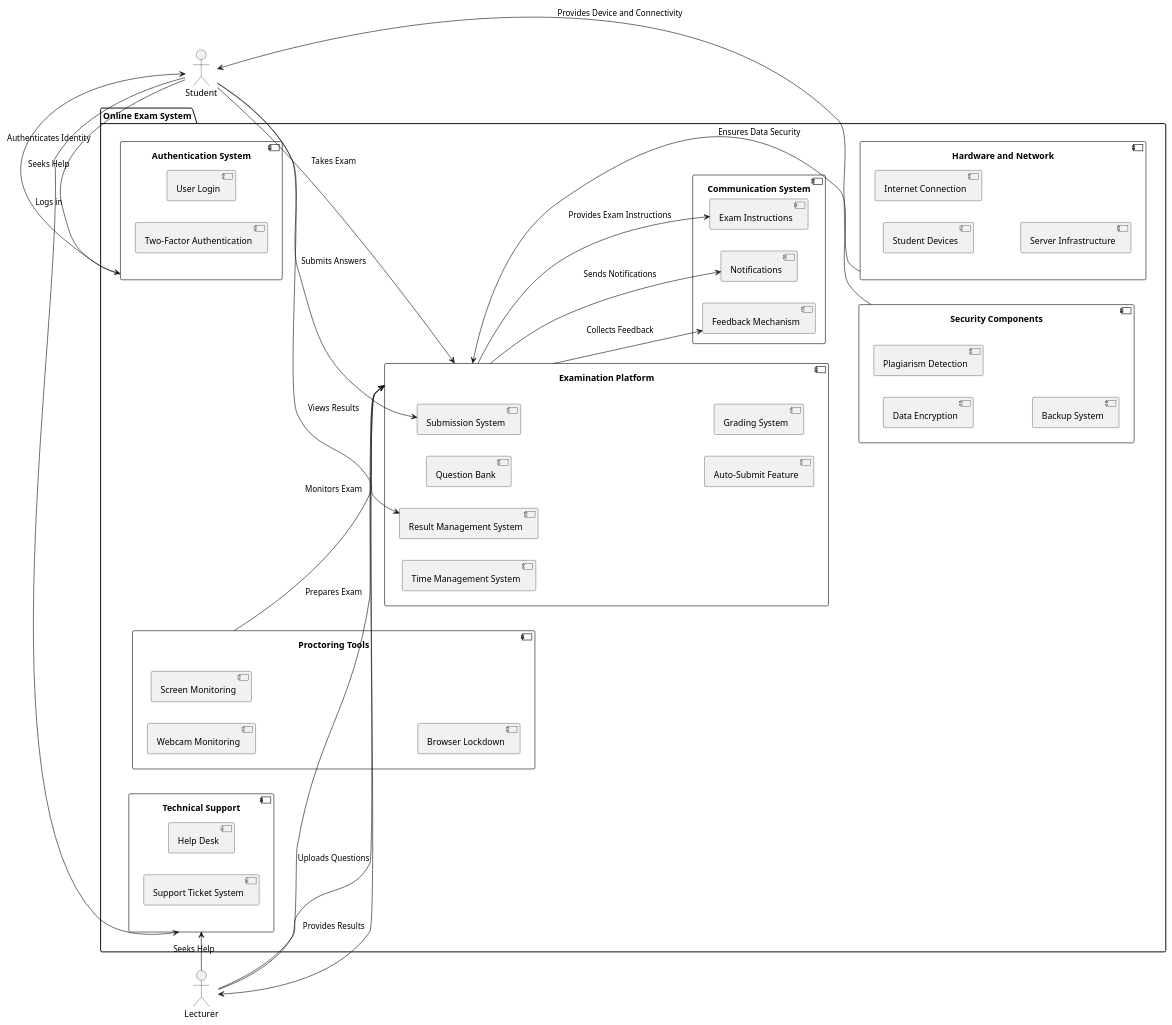
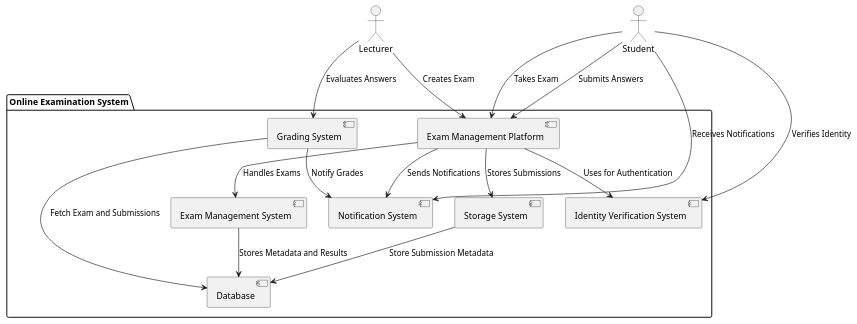
One commit to alfa-yohannis/enterprise-architecture changed the diagram in chapter_06_phase_b_business_architecture/plantuml/component_online_exam.puml. Above: the diagram before and after it, drawn with PlantUML. The commit also changed 7 other files, not shown here.

Commit message:
Update Diagram

```diff
--- a/chapter_06_phase_b_business_architecture/plantuml/component_online_exam.puml
+++ b/chapter_06_phase_b_business_architecture/plantuml/component_online_exam.puml
@@ -1,74 +1,32 @@
 @startuml
-left to right direction
+package "Online Examination System" {
 
-package "Online Exam System" {
+  component "Exam Management Platform" as examPlatform
+  component "Identity Verification System" as identitySystem
+  component "Exam Management System" as examSystem
+  component "Grading System" as gradingSystem
+  component "Notification System" as notificationSystem
+  component "Storage System" as submissionStorage
+  component "Database" as examDatabase
 
-  component "Examination Platform" as Examination_Platform {
-    component "Question Bank" as Question_Bank
-    component "Time Management System" as Time_Management_System
-    component "Submission System" as Submission_System
-    component "Auto-Submit Feature" as Auto_Submit_Feature
-    component "Grading System" as Grading_System
-    component "Result Management System" as Result_Management_System
-  }
+  examPlatform --> examSystem : "Handles Exams"
+  examPlatform --> identitySystem : "Uses for Authentication"
+  examPlatform --> notificationSystem : "Sends Notifications"
+  examPlatform --> submissionStorage : "Stores Submissions"
+  examSystem --> examDatabase : "Stores Metadata and Results"
+  gradingSystem --> examDatabase : "Fetch Exam and Submissions"
+  gradingSystem --> notificationSystem : "Notify Grades"
+  submissionStorage --> examDatabase : "Store Submission Metadata"
+}
 
-  component "Authentication System" as Authentication_System {
-    component "User Login" as User_Login
-    component "Two-Factor Authentication" as Two_Factor_Authentication
-  }
+actor "Lecturer" as lecturer
+actor "Student" as student
 
-  component "Proctoring Tools" as Proctoring_Tools {
-    component "Webcam Monitoring" as Webcam_Monitoring
-    component "Screen Monitoring" as Screen_Monitoring
-    component "Browser Lockdown" as Browser_Lockdown
-  }
-
-  component "Security Components" as Security_Components {
-    component "Data Encryption" as Data_Encryption
-    component "Plagiarism Detection" as Plagiarism_Detection
-    component "Backup System" as Backup_System
-  }
-
-  component "Communication System" as Communication_System {
-    component "Notifications" as Notifications
-    component "Exam Instructions" as Exam_Instructions
-    component "Feedback Mechanism" as Feedback_Mechanism
-  }
-
-  component "Technical Support" as Technical_Support {
-    component "Help Desk" as Help_Desk
-    component "Support Ticket System" as Support_Ticket_System
-  }
-
-  component "Hardware and Network" as Hardware_and_Network {
-    component "Student Devices" as Student_Devices
-    component "Internet Connection" as Internet_Connection
-    component "Server Infrastructure" as Server_Infrastructure
-  }
-
-}
- 
-actor Lecturer
-actor Student
-
-Lecturer --> Examination_Platform : Prepares Exam
-Lecturer --> Examination_Platform : Uploads Questions
-Examination_Platform --> Lecturer : Provides Results
-Lecturer --> Technical_Support : Seeks Help
-
-Student --> Authentication_System : Logs in
-Authentication_System --> Student : Authenticates Identity
-Student --> Examination_Platform : Takes Exam
-Student --> Submission_System : Submits Answers
-Student --> Result_Management_System : Views Results
-Student --> Technical_Support : Seeks Help
-
-Examination_Platform --> Notifications : Sends Notifications
-Examination_Platform --> Exam_Instructions : Provides Exam Instructions
-Examination_Platform --> Feedback_Mechanism : Collects Feedback
-Proctoring_Tools --> Examination_Platform : Monitors Exam
-Security_Components --> Examination_Platform : Ensures Data Security
-
-Hardware_and_Network --> Student : Provides Device and Connectivity
+lecturer --> examPlatform : "Creates Exam"
+lecturer --> gradingSystem : "Evaluates Answers"
+student --> examPlatform : "Takes Exam"
+student --> identitySystem : "Verifies Identity"
+student --> examPlatform : "Submits Answers"
+student --> notificationSystem : "Receives Notifications"
 
 @enduml
```
